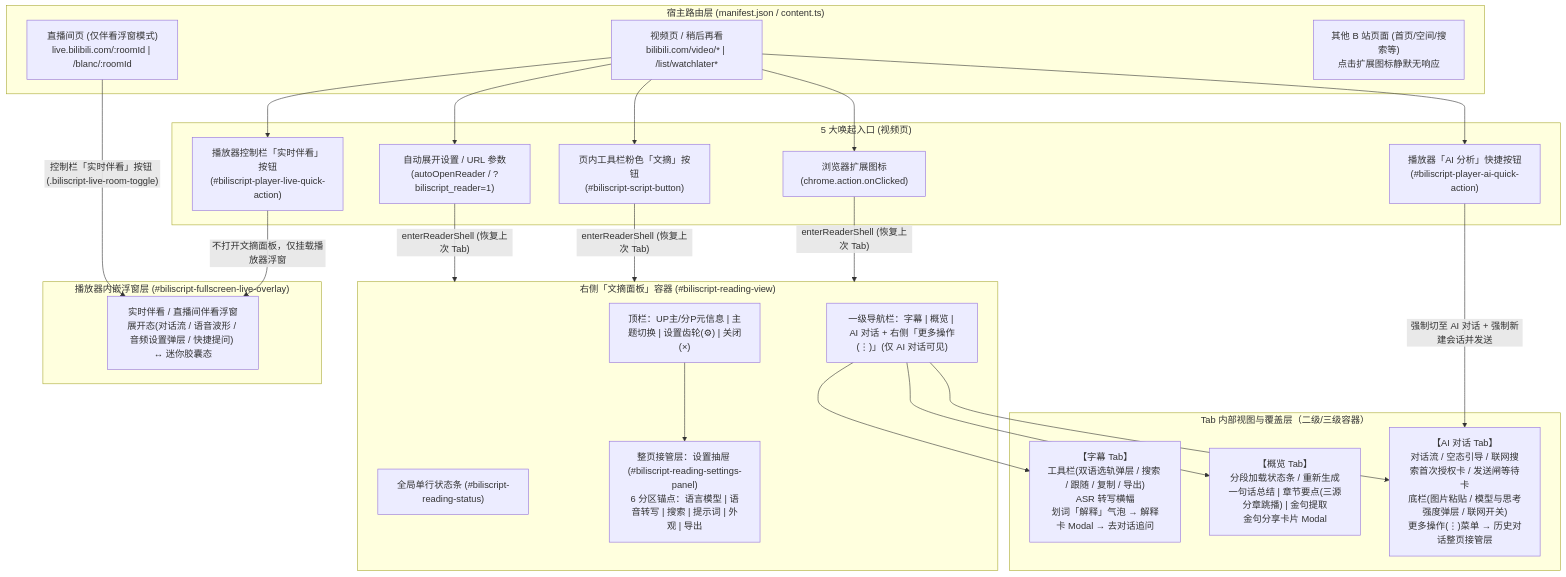
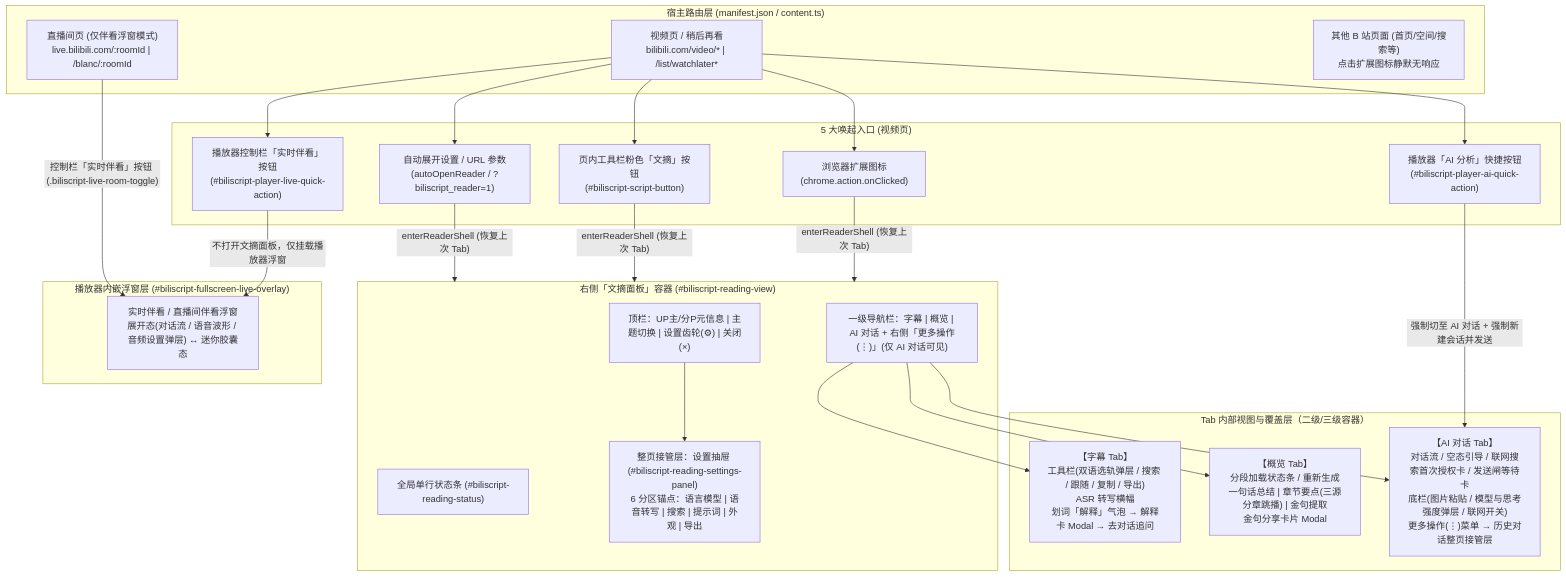
The first of 2 diagrams in docs/UX_AUDIT_ROADMAP.md (Edmund724/BiliScript), drawn with Mermaid before and after one commit. The commit also changed other lines of this file, not shown here.

````diff
--- a/docs/UX_AUDIT_ROADMAP.md
+++ b/docs/UX_AUDIT_ROADMAP.md
@@ -11,41 +11,41 @@
 ```mermaid
 flowchart TD
     subgraph Host["宿主路由层 (manifest.json / content.ts)"]
         V["视频页 / 稍后再看<br/>bilibili.com/video/* | /list/watchlater*"]
         L["直播间页 (仅伴看浮窗模式)<br/>live.bilibili.com/:roomId | /blanc/:roomId"]
         O["其他 B 站页面 (首页/空间/搜索等)<br/>点击扩展图标静默无响应"]
     end
 
     subgraph Entries["5 大唤起入口 (视频页)"]
         E1["浏览器扩展图标<br/>(chrome.action.onClicked)"]
         E2["页内工具栏粉色「文摘」按钮<br/>(#biliscript-script-button)"]
         E3["播放器「AI 分析」快捷按钮<br/>(#biliscript-player-ai-quick-action)"]
         E4["播放器控制栏「实时伴看」按钮<br/>(#biliscript-player-live-quick-action)"]
         E5["自动展开设置 / URL 参数<br/>(autoOpenReader / ?biliscript_reader=1)"]
     end
 
     subgraph Shell["右侧「文摘面板」容器 (#biliscript-reading-view)"]
         Header["顶栏：UP主/分P元信息 | 主题切换 | 设置齿轮(⚙) | 关闭(×)"]
         Status["全局单行状态条 (#biliscript-reading-status)"]
         Settings["整页接管层：设置抽屉 (#biliscript-reading-settings-panel)<br/>6 分区锚点：语言模型 | 语音转写 | 搜索 | 提示词 | 外观 | 导出"]
         Tabs["一级导航栏：字幕 | 概览 | AI 对话 + 右侧「更多操作(⋮)」(仅 AI 对话可见)"]
     end
 
     subgraph SubViews["Tab 内部视图与覆盖层（二级/三级容器）"]
         T1["【字幕 Tab】<br/>工具栏(双语选轨弹层 / 搜索 / 跟随 / 复制 / 导出)<br/>ASR 转写横幅<br/>划词「解释」气泡 → 解释卡 Modal → 去对话追问"]
         T2["【概览 Tab】<br/>分段加载状态条 / 重新生成<br/>一句话总结 | 章节要点(三源分章跳播) | 金句提取<br/>金句分享卡片 Modal"]
         T3["【AI 对话 Tab】<br/>对话流 / 空态引导 / 联网搜索首次授权卡 / 发送闸等待卡<br/>底栏(图片粘贴 / 模型与思考强度弹层 / 联网开关)<br/>更多操作(⋮)菜单 → 历史对话整页接管层"]
     end
 
     subgraph PlayerOverlay["播放器内嵌浮窗层 (#biliscript-fullscreen-live-overlay)"]
-        LiveUI["实时伴看 / 直播间伴看浮窗<br/>展开态(对话流 / 语音波形 / 音频设置弹层 / 快捷提问) ↔ 迷你胶囊态"]
+        LiveUI["实时伴看 / 直播间伴看浮窗<br/>展开态(对话流 / 语音波形 / 音频设置弹层) ↔ 迷你胶囊态"]
     end
 
     V --> E1 & E2 & E3 & E4 & E5
     E1 & E2 & E5 -->|"enterReaderShell (恢复上次 Tab)"| Shell
     E3 -->|"强制切至 AI 对话 + 强制新建会话并发送"| T3
     E4 -->|"不打开文摘面板，仅挂载播放器浮窗"| LiveUI
     L -->|"控制栏「实时伴看」按钮 (.biliscript-live-room-toggle)"| LiveUI
     Header --> Settings
     Tabs --> T1 & T2 & T3
 ```
````
